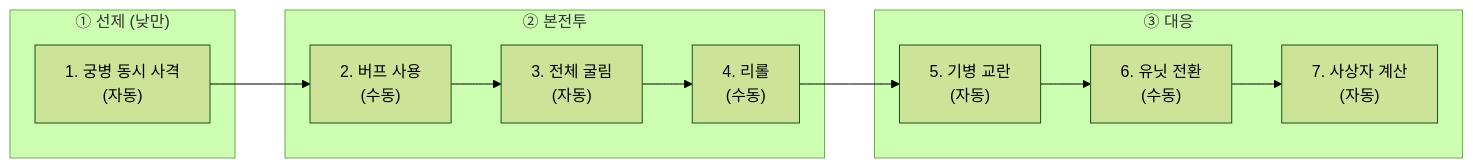
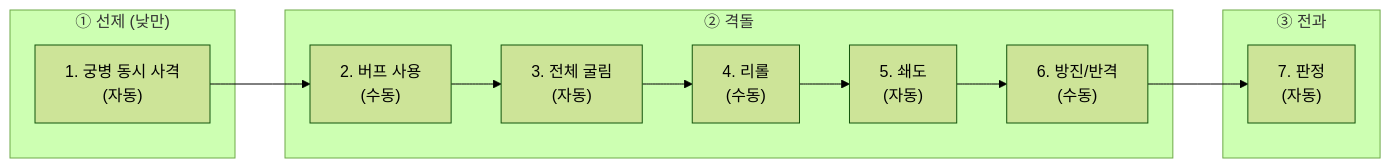
One commit to roam1215-beep/Chronicle-wiki changed the diagram in 02_전투/구조/전투구조.md. Above: the diagram before and after it, drawn with Mermaid (forest theme). The commit also changed other lines of this file and 7 other files, not shown here.

````diff
--- a/02_전투/구조/전투구조.md
+++ b/02_전투/구조/전투구조.md
@@ -151,14 +151,14 @@
 ```mermaid
 flowchart LR
     subgraph "① 선제 (낮만)"
         S1["1. 궁병 동시 사격\n(자동)"]
     end
-    subgraph "② 본전투"
-        S2["2. 버프 사용\n(수동)"] --> S3["3. 전체 굴림\n(자동)"] --> S4["4. 리롤\n(수동)"]
+    subgraph "② 격돌"
+        S2["2. 버프 사용\n(수동)"] --> S3["3. 전체 굴림\n(자동)"] --> S4["4. 리롤\n(수동)"] --> S5["5. 쇄도\n(자동)"] --> S6["6. 방진/반격\n(수동)"]
     end
-    subgraph "③ 대응"
-        S5["5. 기병 교란\n(자동)"] --> S6["6. 유닛 전환\n(수동)"] --> S7["7. 사상자 계산\n(자동)"]
+    subgraph "③ 전과"
+        S7["7. 판정\n(자동)"]
     end
     S1 --> S2
-    S4 --> S5
+    S6 --> S7
 ```
````
